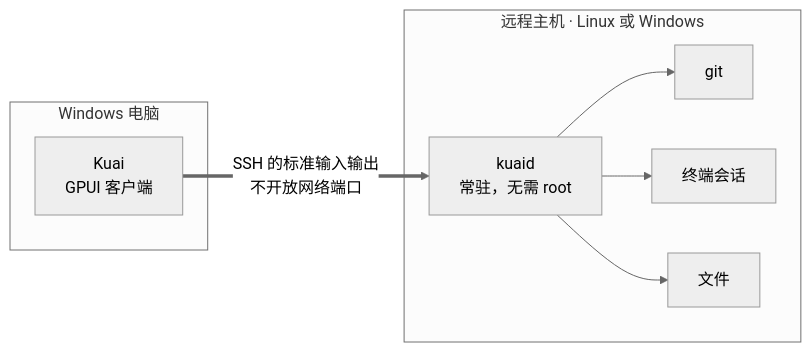
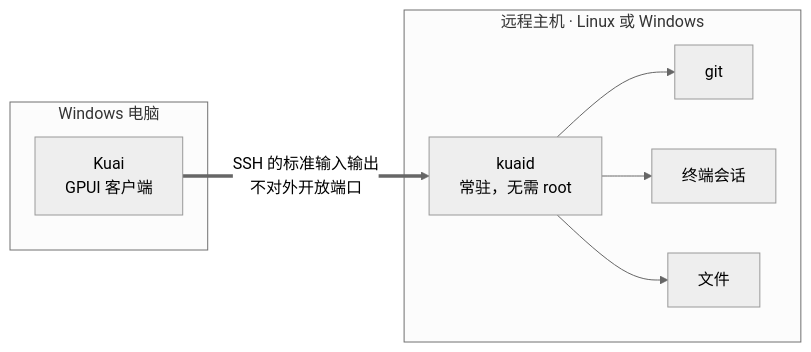
Before and after one commit to finmoor/kuai: the diagram in README.md, drawn with Mermaid (neutral theme). The commit also changed other lines of this file and 3 other files, not shown here.

First line of the commit message:
README：主打在服务器上运行 Claude Code，加入对照表、安全说明和三页轮播的主图

````diff
--- a/README.md
+++ b/README.md
@@ -150,16 +181,16 @@
 ```mermaid
 flowchart LR
     subgraph pc["Windows 电脑"]
         app["Kuai<br/>GPUI 客户端"]
     end
     subgraph host["远程主机 · Linux 或 Windows"]
         kd["kuaid<br/>常驻，无需 root"]
         git["git"]
         term["终端会话"]
         files["文件"]
     end
-    app ==>|"SSH 的标准输入输出<br/>不开放网络端口"| kd
+    app ==>|"SSH 的标准输入输出<br/>不对外开放端口"| kd
     kd --> git
     kd --> term
     kd --> files
 ```
````
